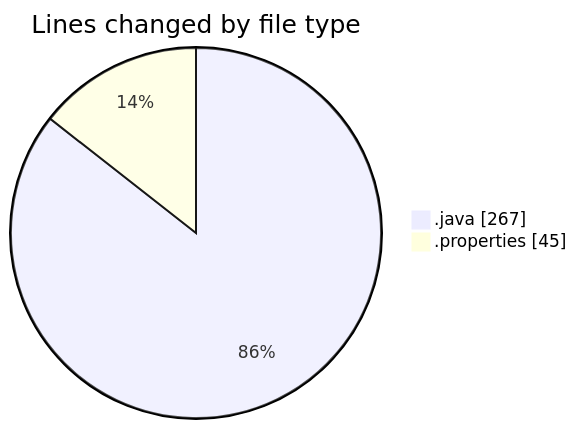
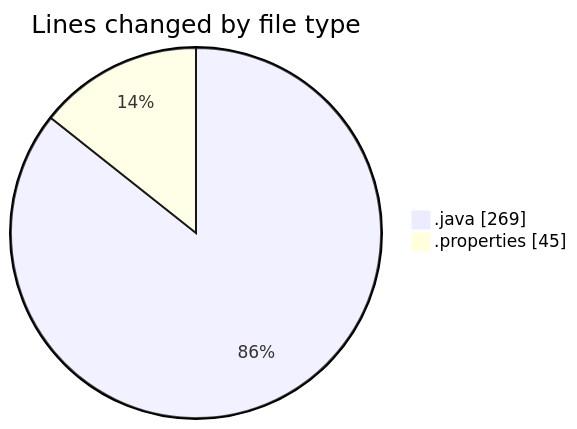
One commit to ricardozamudiocil/code-tracking changed the first of 2 diagrams in 2026-03-03/cilapp/README.md. Above: the diagram before and after it, drawn with Mermaid. The commit also changed other lines of this file and 1 other file, not shown here.

````diff
--- a/2026-03-03/cilapp/README.md
+++ b/2026-03-03/cilapp/README.md
@@ -21,6 +21,6 @@
 ```mermaid
 pie showData
 title Lines changed by file type
-".java" : 267
+".java" : 269
 ".properties" : 45
 ```
````
